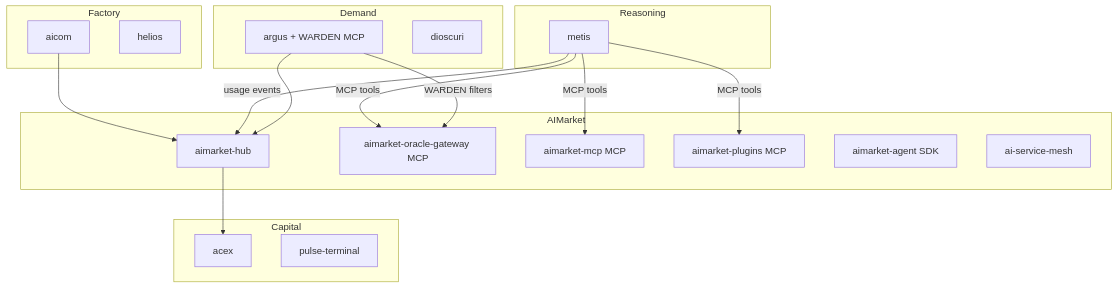
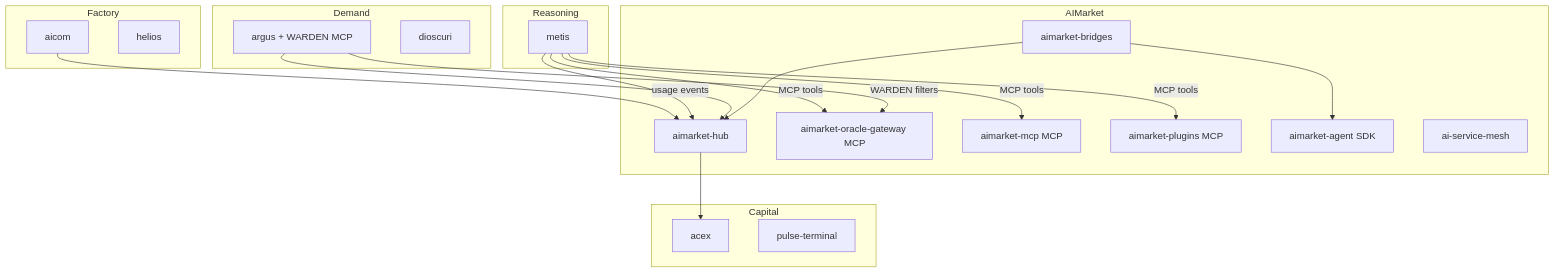
The first of 5 diagrams in docs/en/ECOSYSTEM.md (alexar76/metis), drawn with Mermaid before and after one commit. The commit also changed 2 other files, not shown here.

Commit message:
chore(satellite): sync metis from aicom monorepo
Auto-generated by scripts/mirror_satellites.sh

````diff
--- a/docs/en/ECOSYSTEM.md
+++ b/docs/en/ECOSYSTEM.md
@@ -7,39 +7,42 @@
 ```mermaid
 flowchart TB
     subgraph factory [Factory]
         AICOM[aicom]
         HELIOS[helios]
     end
 
     subgraph marketplace [AIMarket]
         HUB[aimarket-hub]
         ORACLE_GW[aimarket-oracle-gateway MCP]
         MCP_GW[aimarket-mcp MCP]
         PLUGINS[aimarket-plugins MCP]
         AGENT[aimarket-agent SDK]
+        BRIDGES[aimarket-bridges]
         MESH[ai-service-mesh]
     end
 
     subgraph reasoning [Reasoning]
         SB[metis]
     end
 
     subgraph demand [Demand]
         ARGUS[argus + WARDEN MCP]
         DIOSCURI[dioscuri]
     end
 
     subgraph capital [Capital]
         ACEX[acex]
         PULSE[pulse-terminal]
     end
 
     AICOM --> HUB
     SB -->|MCP tools| ORACLE_GW
     SB -->|MCP tools| MCP_GW
     SB -->|MCP tools| PLUGINS
     SB -->|usage events| HUB
     ARGUS --> HUB
     ARGUS -->|WARDEN filters| ORACLE_GW
+    BRIDGES --> HUB
+    BRIDGES --> AGENT
     HUB --> ACEX
 ```
````
